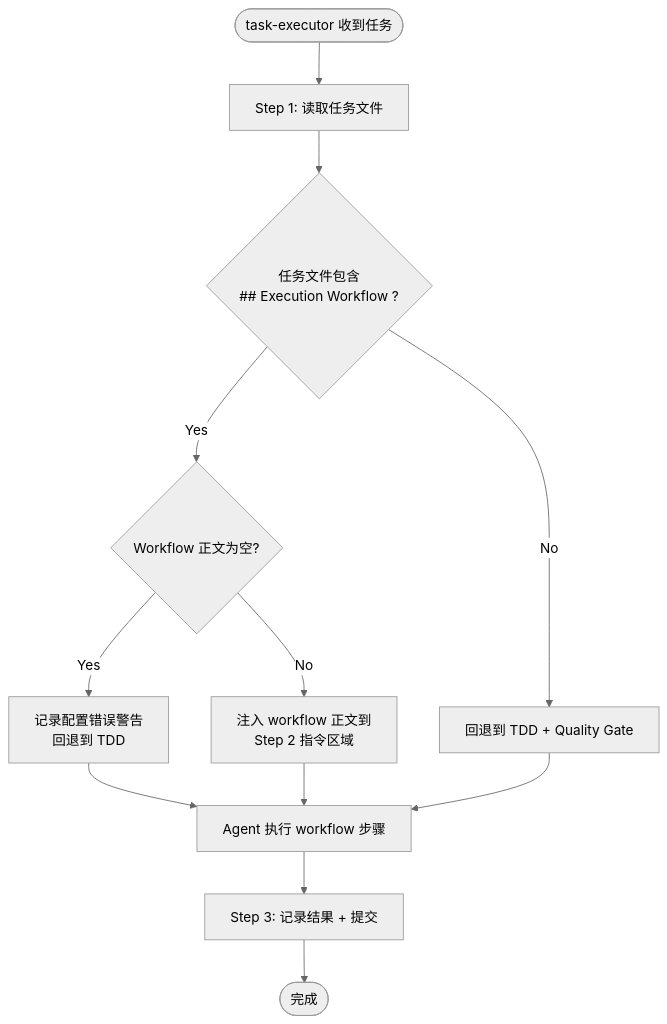
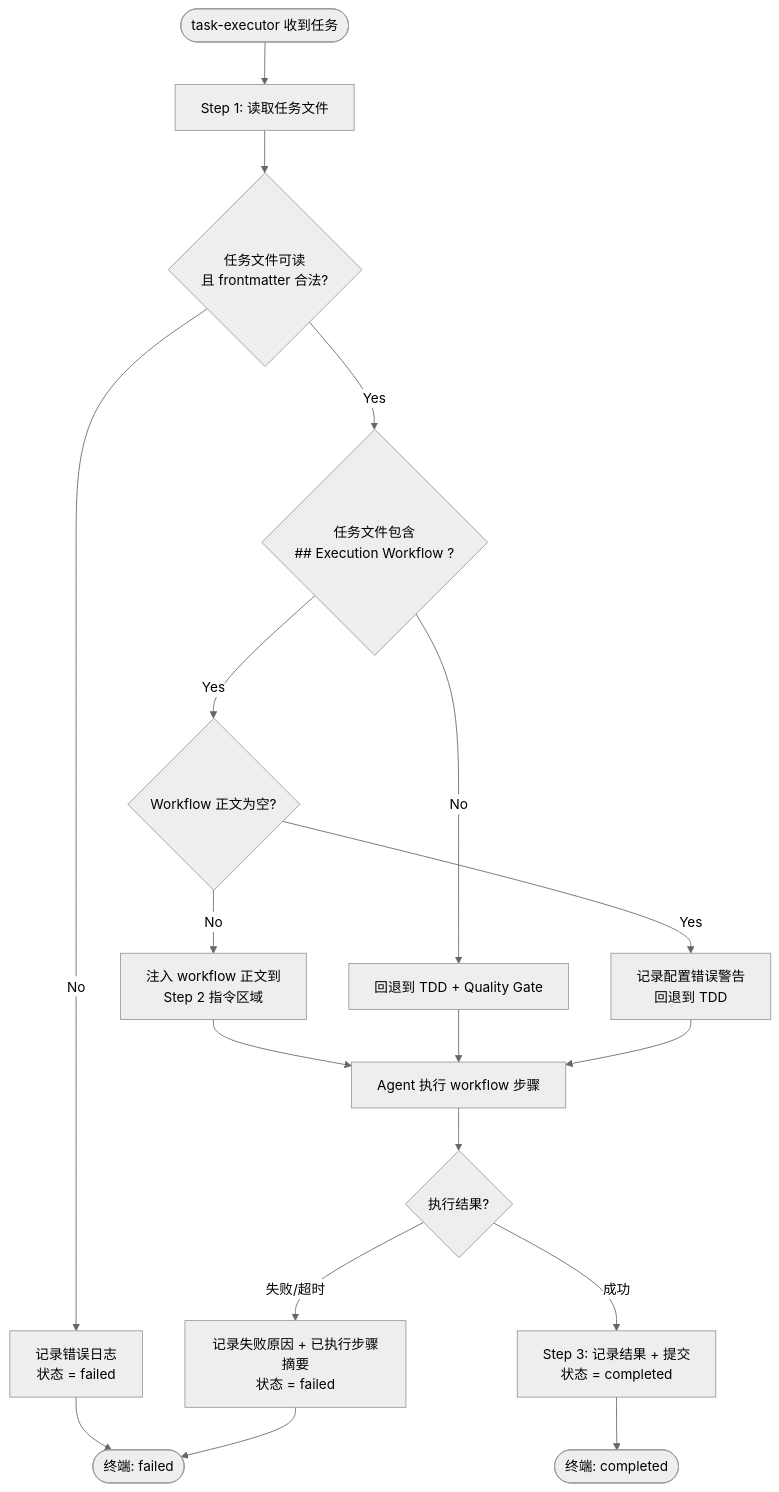
Before and after one commit to bigfaner/forge: the diagram in docs/features/task-executor-skeleton/prd/prd-spec.md, drawn with Mermaid (neutral theme). The commit also changed other lines of this file and 4 other files, not shown here.

````diff
--- a/docs/features/task-executor-skeleton/prd/prd-spec.md
+++ b/docs/features/task-executor-skeleton/prd/prd-spec.md
@@ -66,14 +76,20 @@
 ```mermaid
 flowchart TD
     Start([task-executor 收到任务]) --> S1[Step 1: 读取任务文件]
-    S1 --> HasWF{任务文件包含<br>## Execution Workflow ?}
+    S1 --> FileOK{任务文件可读<br>且 frontmatter 合法?}
+    FileOK -->|No| FailRead[记录错误日志<br>状态 = failed]
+    FailRead --> EndFail([终端: failed])
+    FileOK -->|Yes| HasWF{任务文件包含<br>## Execution Workflow ?}
     HasWF -->|Yes| EmptyWF{Workflow 正文为空?}
     EmptyWF -->|Yes| Warn[记录配置错误警告<br>回退到 TDD]
     EmptyWF -->|No| Inject[注入 workflow 正文到<br>Step 2 指令区域]
     Inject --> Execute[Agent 执行 workflow 步骤]
     HasWF -->|No| Fallback[回退到 TDD + Quality Gate]
     Fallback --> Execute
     Warn --> Execute
-    Execute --> S3[Step 3: 记录结果 + 提交]
-    S3 --> End([完成])
+    Execute --> ExecOK{执行结果?}
+    ExecOK -->|成功| S3[Step 3: 记录结果 + 提交<br>状态 = completed]
+    S3 --> EndOK([终端: completed])
+    ExecOK -->|失败/超时| FailExec[记录失败原因 + 已执行步骤摘要<br>状态 = failed]
+    FailExec --> EndFail
 ```
````
